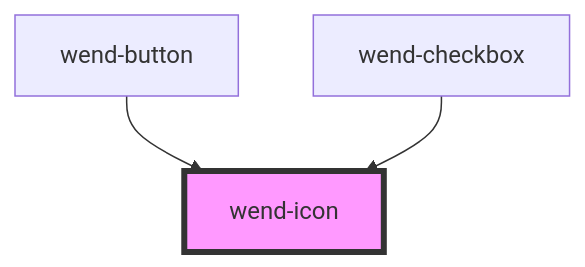
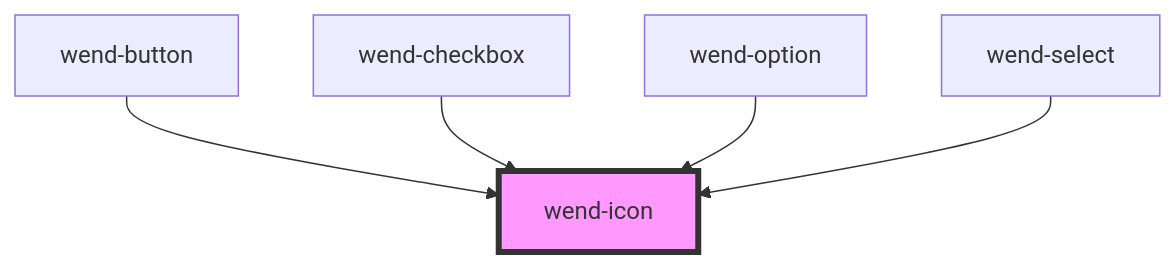
One commit to DevaStudios/wend-ui changed the diagram in packages/web-components/src/components/wend-icon/readme.md. Above: the diagram before and after it, drawn with Mermaid. The commit also changed other lines of this file and 30 other files, not shown here.

````diff
--- a/packages/web-components/src/components/wend-icon/readme.md
+++ b/packages/web-components/src/components/wend-icon/readme.md
@@ -25,6 +27,8 @@
 ```mermaid
 graph TD;
   wend-button --> wend-icon
   wend-checkbox --> wend-icon
+  wend-option --> wend-icon
+  wend-select --> wend-icon
   style wend-icon fill:#f9f,stroke:#333,stroke-width:4px
 ```
````
